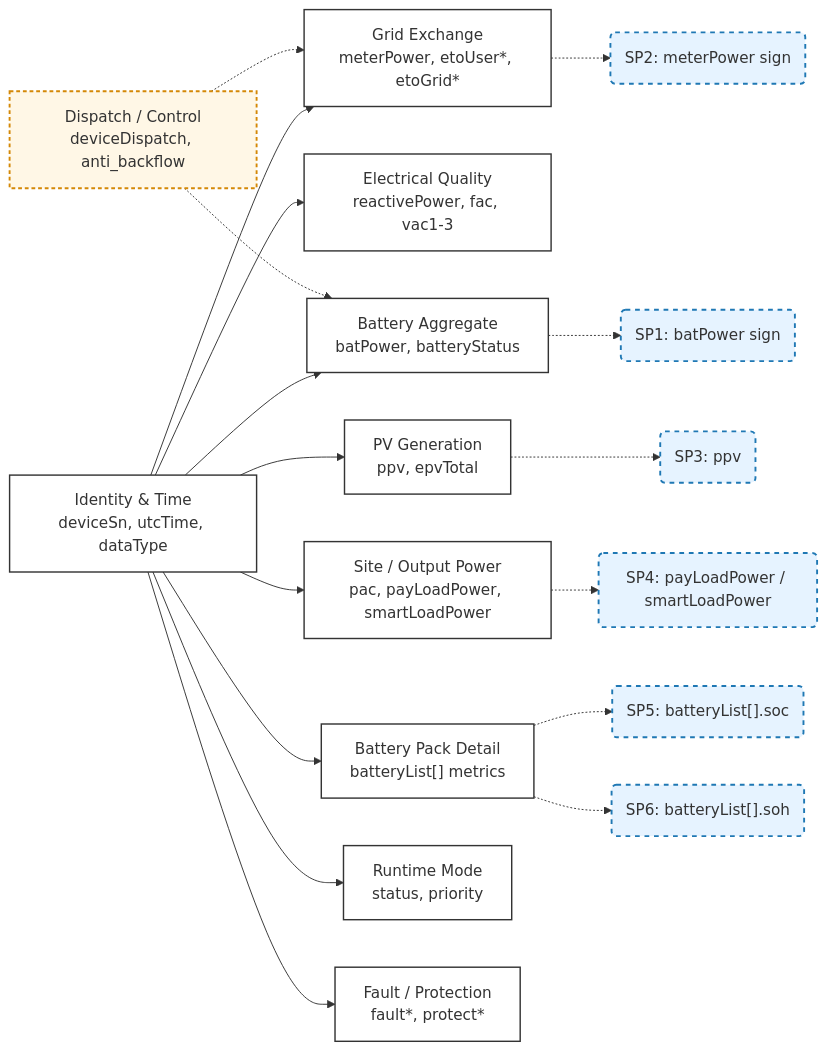
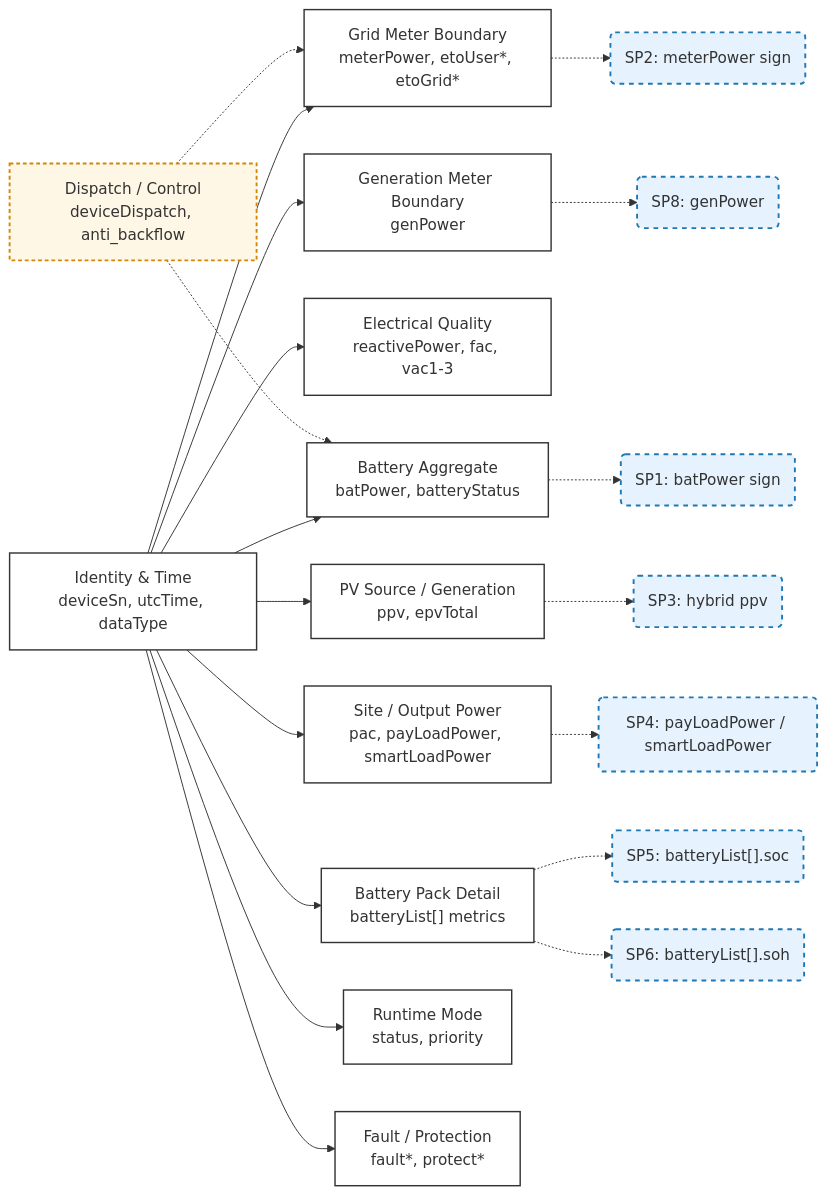
One commit to EugeneJian/growatt-unified-api changed the fourth of 6 diagrams in docs/growatt-ess-semantic-model-preliminary-review.md. Above: the diagram before and after it, drawn with Mermaid. The commit also changed other lines of this file and 7 other files, not shown here.

````diff
--- a/docs/growatt-ess-semantic-model-preliminary-review.md
+++ b/docs/growatt-ess-semantic-model-preliminary-review.md
@@ -200,47 +275,51 @@
 ```mermaid
 flowchart LR
 
     classDef block fill:#ffffff,stroke:#333,stroke-width:1.5px;
     classDef semantic fill:#e6f3ff,stroke:#1f78b4,stroke-width:2px,stroke-dasharray: 5 5;
     classDef dispatch fill:#fff7e6,stroke:#d48806,stroke-width:2px,stroke-dasharray: 4 3;
 
     Meta["Identity & Time<br/>deviceSn, utcTime, dataType"]
-    GridBlock["Grid Exchange<br/>meterPower, etoUser*, etoGrid*"]
+    GridMeterBlock["Grid Meter Boundary<br/>meterPower, etoUser*, etoGrid*"]
+    GenerationMeterBlock["Generation Meter Boundary<br/>genPower"]
     Electrical["Electrical Quality<br/>reactivePower, fac, vac1-3"]
-    PVBlock["PV Generation<br/>ppv, epvTotal"]
+    PVBlock["PV Source / Generation<br/>ppv, epvTotal"]
     SiteBlock["Site / Output Power<br/>pac, payLoadPower, smartLoadPower"]
     BatteryAgg["Battery Aggregate<br/>batPower, batteryStatus"]
     BatteryPack["Battery Pack Detail<br/>batteryList[] metrics"]
     Runtime["Runtime Mode<br/>status, priority"]
     Fault["Fault / Protection<br/>fault*, protect*"]
 
     SP1("SP1: batPower sign")
     SP2("SP2: meterPower sign")
-    SP3("SP3: ppv")
+    SP3("SP3: hybrid ppv")
     SP4("SP4: payLoadPower / smartLoadPower")
     SP5("SP5: batteryList[].soc")
     SP6("SP6: batteryList[].soh")
+    SP8("SP8: genPower")
     Dispatch["Dispatch / Control<br/>deviceDispatch, anti_backflow"]
 
-    Meta --> GridBlock
+    Meta --> GridMeterBlock
+    Meta --> GenerationMeterBlock
     Meta --> Electrical
     Meta --> PVBlock
     Meta --> SiteBlock
     Meta --> BatteryAgg
     Meta --> BatteryPack
     Meta --> Runtime
     Meta --> Fault
 
-    GridBlock -.-> SP2
+    GridMeterBlock -.-> SP2
+    GenerationMeterBlock -.-> SP8
     PVBlock -.-> SP3
     SiteBlock -.-> SP4
     BatteryAgg -.-> SP1
     BatteryPack -.-> SP5
     BatteryPack -.-> SP6
     Dispatch -.-> BatteryAgg
-    Dispatch -.-> GridBlock
+    Dispatch -.-> GridMeterBlock
 
-    class Meta,GridBlock,Electrical,PVBlock,SiteBlock,BatteryAgg,BatteryPack,Runtime,Fault block;
-    class SP1,SP2,SP3,SP4,SP5,SP6 semantic;
+    class Meta,GridMeterBlock,GenerationMeterBlock,Electrical,PVBlock,SiteBlock,BatteryAgg,BatteryPack,Runtime,Fault block;
+    class SP1,SP2,SP3,SP4,SP5,SP6,SP8 semantic;
     class Dispatch dispatch;
 ```
````
